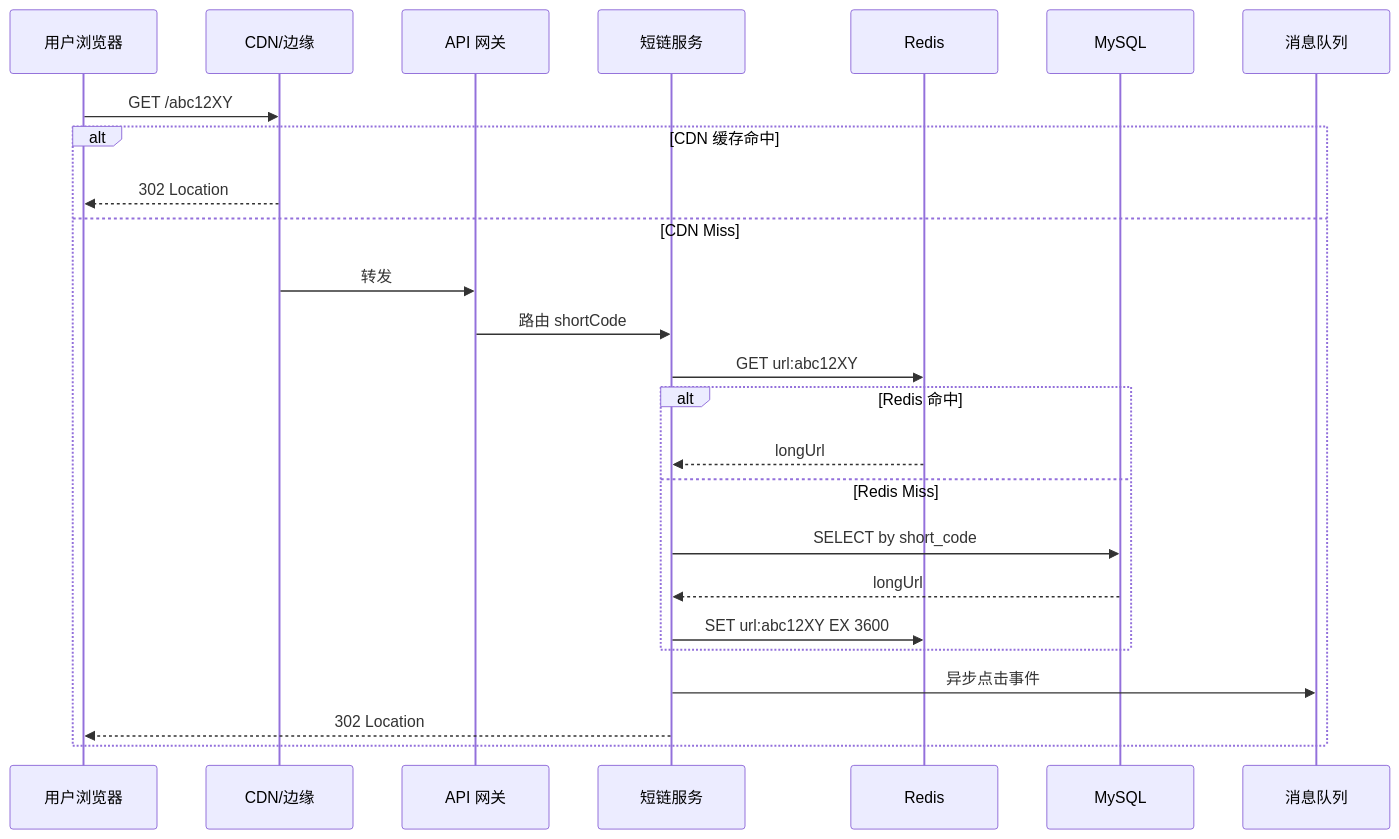
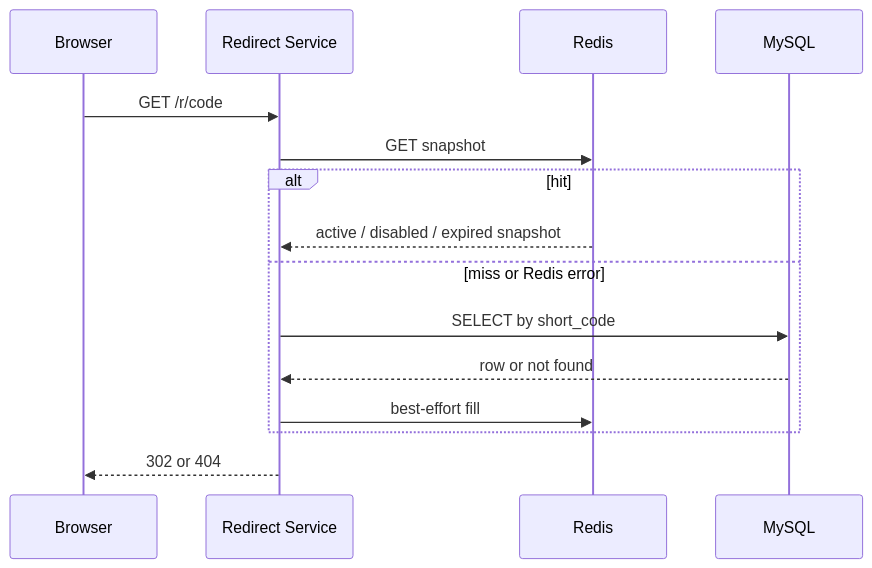
The second of 3 diagrams in 后端学习/系统设计/08-短链服务设计.md (moqix26/study), drawn with Mermaid before and after one commit. The commit also changed other lines of this file and 202 other files, not shown here.

````diff
--- a/后端学习/系统设计/08-短链服务设计.md
+++ b/后端学习/系统设计/08-短链服务设计.md
@@ -422,28 +316,18 @@
-```mermaid
+~~~mermaid
 sequenceDiagram
-    participant U as 用户浏览器
-    participant CDN as CDN/边缘
-    participant GW as API 网关
-    participant S as 短链服务
+    participant U as Browser
+    participant S as Redirect Service
     participant R as Redis
-    participant DB as MySQL
-    participant MQ as 消息队列
+    participant D as MySQL
 
-    U->>CDN: GET /abc12XY
-    alt CDN 缓存命中
-        CDN-->>U: 302 Location
-    else CDN Miss
-        CDN->>GW: 转发
-        GW->>S: 路由 shortCode
-        S->>R: GET url:abc12XY
-        alt Redis 命中
-            R-->>S: longUrl
-        else Redis Miss
-            S->>DB: SELECT by short_code
-            DB-->>S: longUrl
-            S->>R: SET url:abc12XY EX 3600
-        end
-        S->>MQ: 异步点击事件
-        S-->>U: 302 Location
+    U->>S: GET /r/code
+    S->>R: GET snapshot
+    alt hit
+        R-->>S: active / disabled / expired snapshot
+    else miss or Redis error
+        S->>D: SELECT by short_code
+        D-->>S: row or not found
+        S->>R: best-effort fill
     end
-```
+    S-->>U: 302 or 404
+~~~
````
